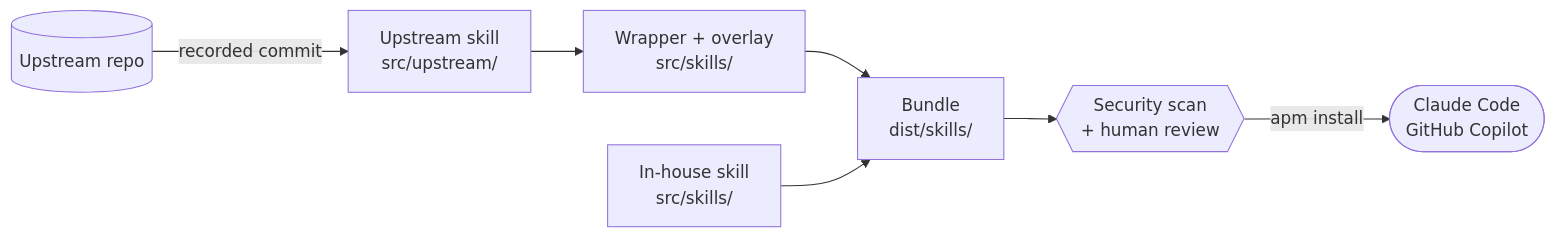
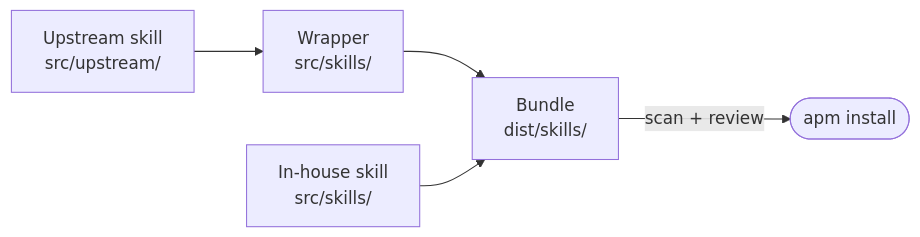
One commit to dev-soprasteriano/alf changed the second of 2 diagrams in README.md. Above: the diagram before and after it, drawn with Mermaid. The commit also changed other lines of this file, not shown here.

Commit message:
Fit README diagrams beside the Mermaid controls

````diff
--- a/README.md
+++ b/README.md
@@ -99,9 +103,7 @@
 ```mermaid
 flowchart LR
-    upstream[(Upstream repo)] -->|recorded commit| copy["Upstream skill<br>src/upstream/"]
-    copy --> wrapper["Wrapper + overlay<br>src/skills/"]
+    copy["Upstream skill<br>src/upstream/"] --> wrapper["Wrapper<br>src/skills/"]
     wrapper --> bundle["Bundle<br>dist/skills/"]
     inhouse["In-house skill<br>src/skills/"] --> bundle
-    bundle --> checks{{"Security scan<br>+ human review"}}
-    checks -->|apm install| agent(["Claude Code<br>GitHub Copilot"])
+    bundle -->|"scan + review"| install(["apm install"])
 ```
````
